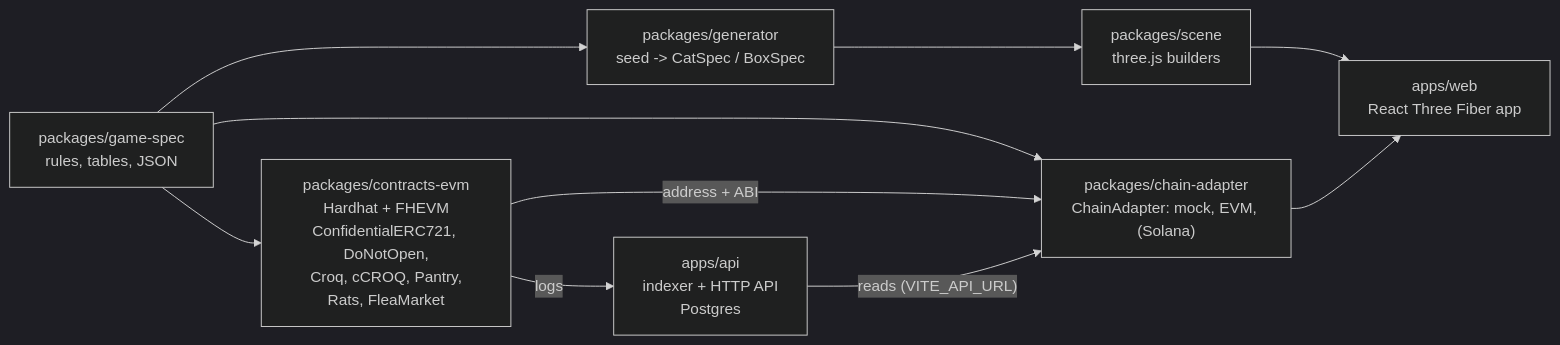
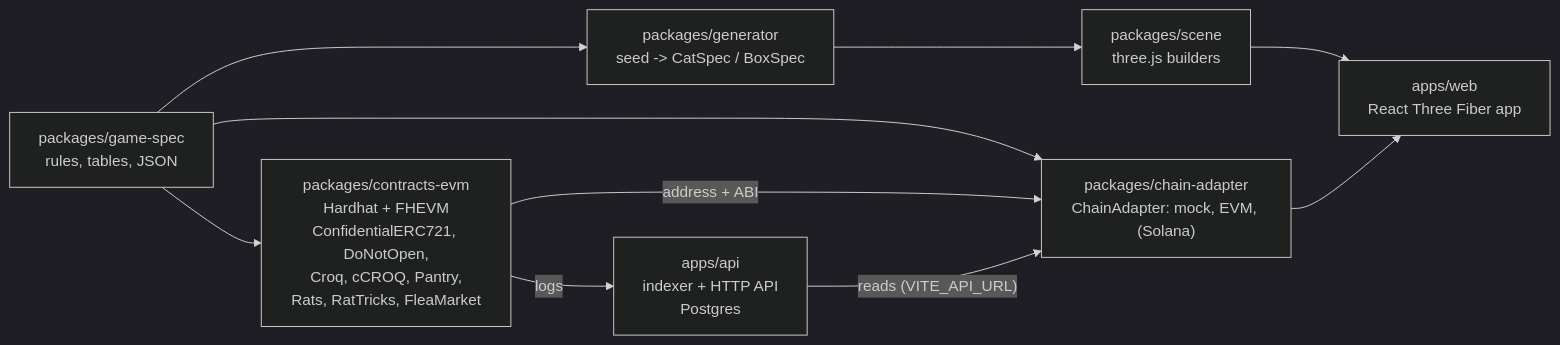
Before and after one commit to jecombe/do_not_open: the first of 3 diagrams in README.md, drawn with Mermaid (dark theme). The commit also changed other lines of this file and 99 other files, not shown here.

````diff
--- a/README.md
+++ b/README.md
@@ -47,16 +48,16 @@
 ```mermaid
 flowchart LR
   spec["packages/game-spec<br/>rules, tables, JSON"]
   gen["packages/generator<br/>seed -> CatSpec / BoxSpec"]
   scene["packages/scene<br/>three.js builders"]
   web["apps/web<br/>React Three Fiber app"]
-  evm["packages/contracts-evm<br/>Hardhat + FHEVM<br/>ConfidentialERC721, DoNotOpen,<br/>Croq, cCROQ, Pantry,<br/>Rats, FleaMarket"]
+  evm["packages/contracts-evm<br/>Hardhat + FHEVM<br/>ConfidentialERC721, DoNotOpen,<br/>Croq, cCROQ, Pantry,<br/>Rats, RatTricks, FleaMarket"]
   adapter["packages/chain-adapter<br/>ChainAdapter: mock, EVM, (Solana)"]
   api["apps/api<br/>indexer + HTTP API<br/>Postgres"]
 
   spec --> gen --> scene --> web
   spec --> evm
   spec --> adapter
   evm -- address + ABI --> adapter --> web
   evm -- logs --> api -- "reads (VITE_API_URL)" --> adapter
 ```
````
